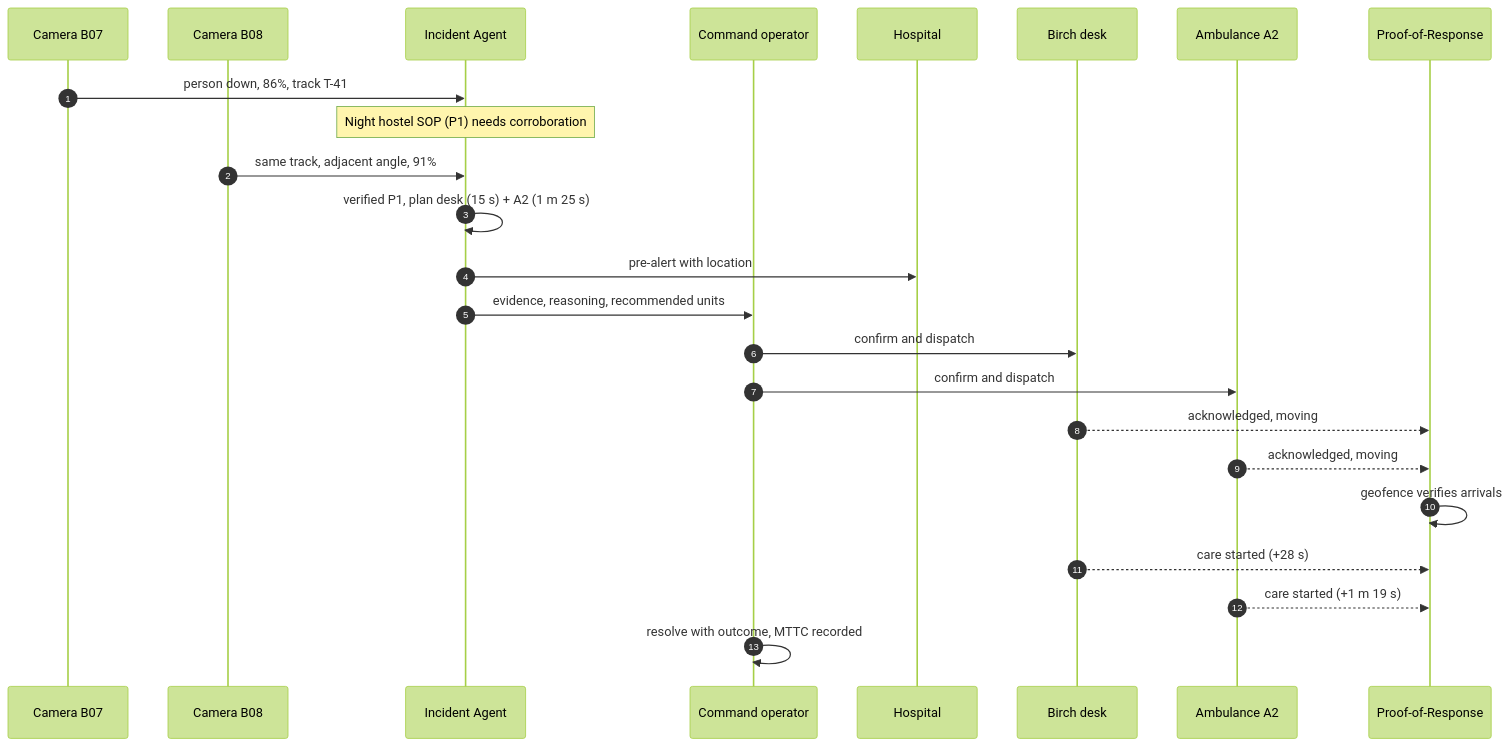
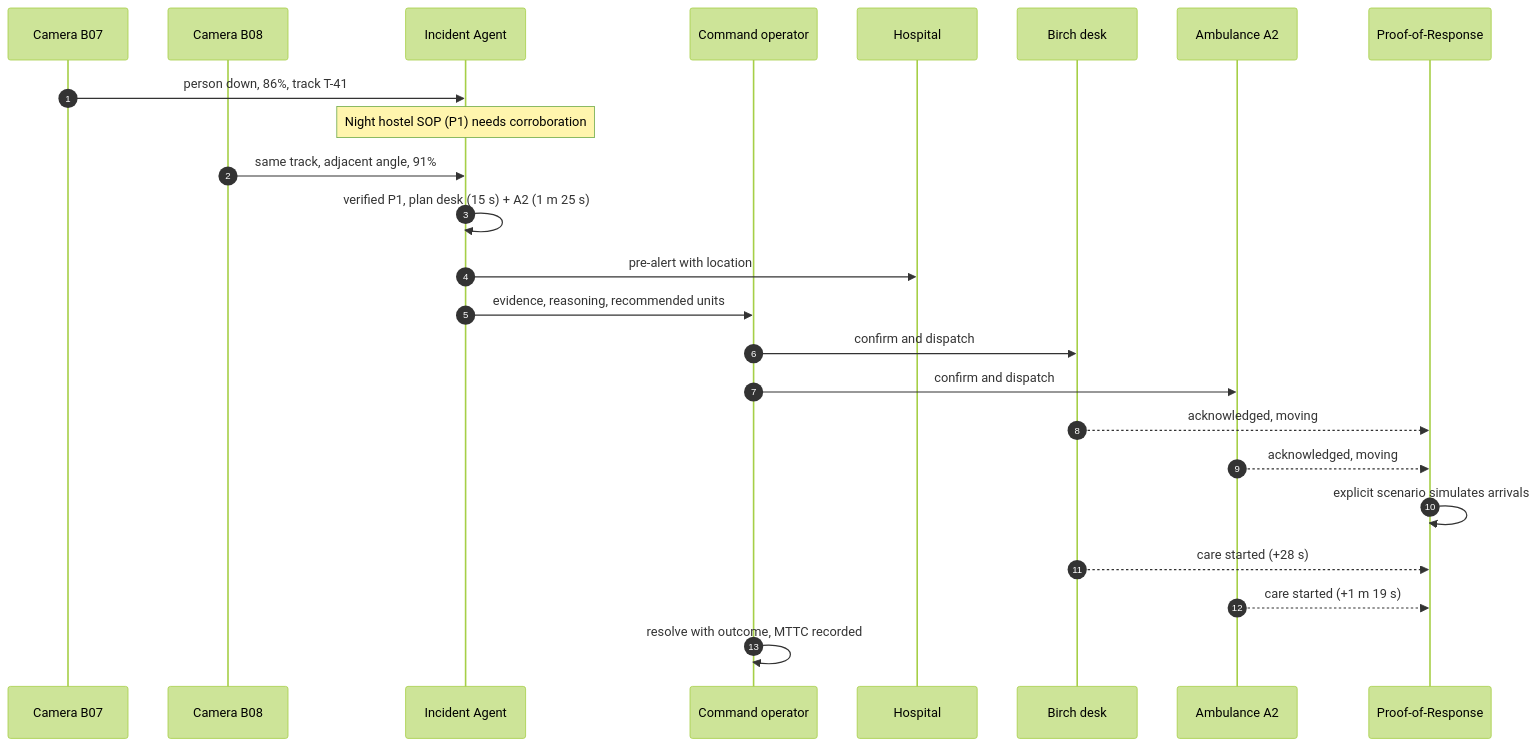
One commit to ishaans04/CareGrid changed the third of 4 diagrams in README.md. Above: the diagram before and after it, drawn with Mermaid (forest theme). The commit also changed other lines of this file and 34 other files, not shown here.

````diff
--- a/README.md
+++ b/README.md
@@ -153,27 +155,27 @@
 ```mermaid
 sequenceDiagram
     autonumber
     participant C1 as Camera B07
     participant C2 as Camera B08
     participant A as Incident Agent
     participant O as Command operator
     participant H as Hospital
     participant D as Birch desk
     participant AM as Ambulance A2
     participant P as Proof-of-Response
 
     C1->>A: person down, 86%, track T-41
     Note over A: Night hostel SOP (P1) needs corroboration
     C2->>A: same track, adjacent angle, 91%
     A->>A: verified P1, plan desk (15 s) + A2 (1 m 25 s)
     A->>H: pre-alert with location
     A->>O: evidence, reasoning, recommended units
     O->>D: confirm and dispatch
     O->>AM: confirm and dispatch
     D-->>P: acknowledged, moving
     AM-->>P: acknowledged, moving
-    P->>P: geofence verifies arrivals
+    P->>P: explicit scenario simulates arrivals
     D-->>P: care started (+28 s)
     AM-->>P: care started (+1 m 19 s)
     O->>O: resolve with outcome, MTTC recorded
 ```
````
